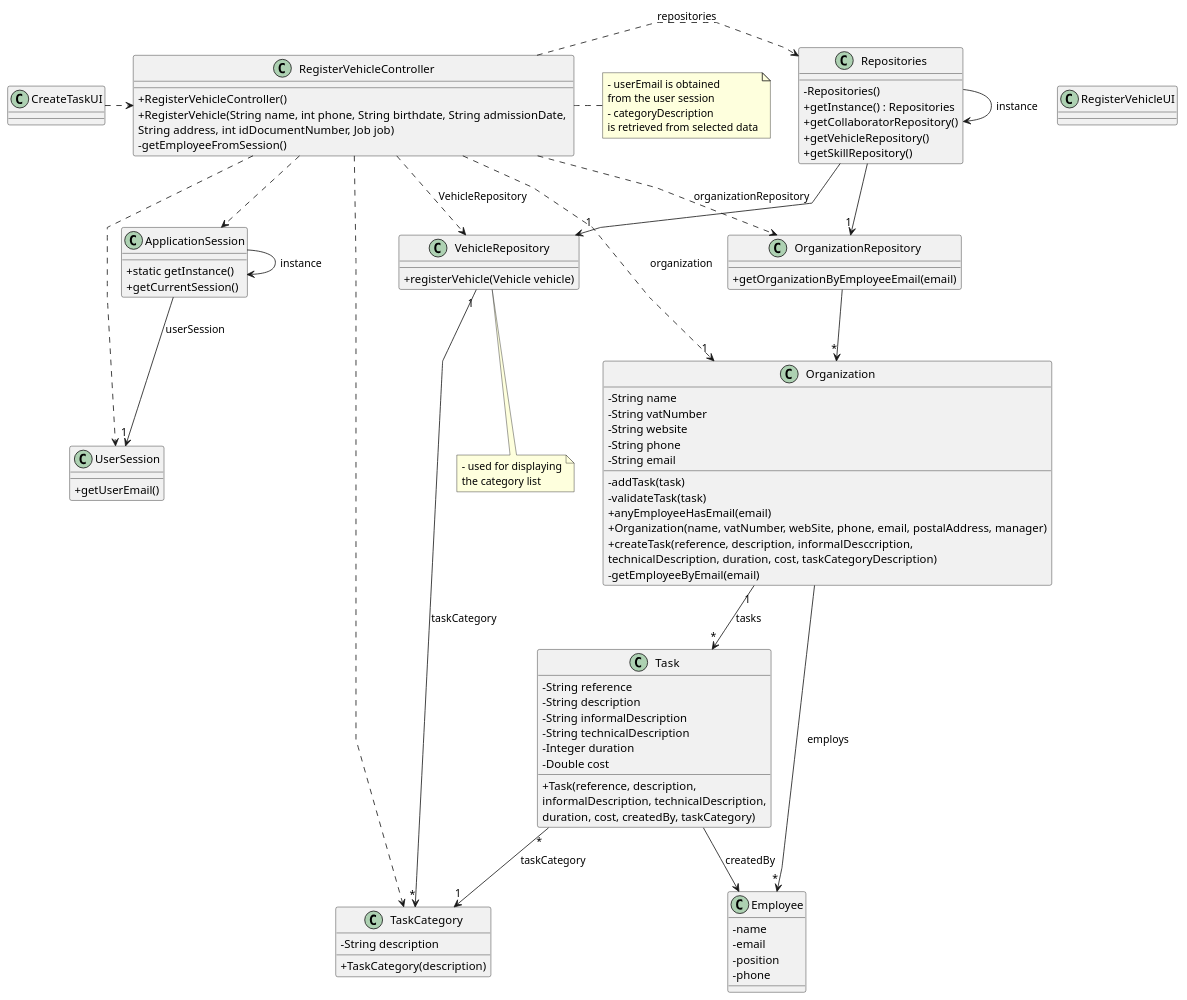
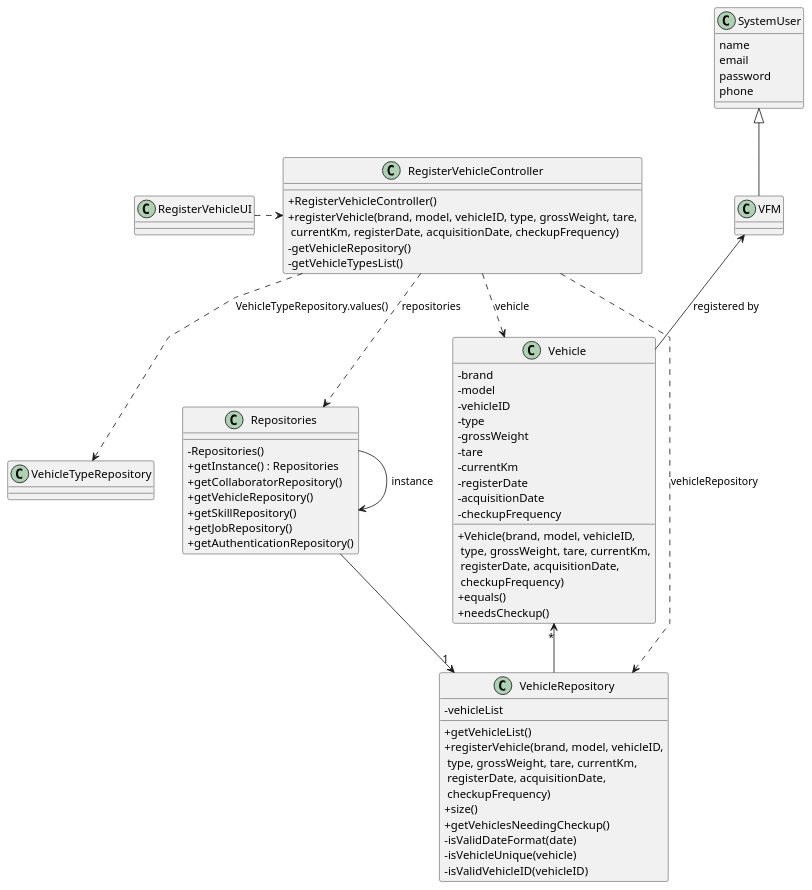
The diagram in docs/sprintB/us006/03.design/puml/us006-class-diagram.puml (Departamento-de-Engenharia-Informatica/lei-24-s2-1do-g164), drawn with PlantUML before and after one commit. The commit also changed 107 other files, not shown here.

Commit message:
US06/03(docs): us06 SSD, Class diagram and javadocs ; us03 SSD and javadocs

```diff
--- a/docs/sprintB/us006/03.design/puml/us006-class-diagram.puml
+++ b/docs/sprintB/us006/03.design/puml/us006-class-diagram.puml
@@ -1,129 +1,83 @@
 @startuml
 'skinparam monochrome true
 skinparam packageStyle rectangle
 skinparam shadowing false
 skinparam linetype polyline
 'skinparam linetype orto
 
 skinparam classAttributeIconSize 0
 
 'left to right direction
 
-class ApplicationSession
-{
-    + static getInstance()
-    + getCurrentSession()
-}
-
-class UserSession
-{
-    + getUserEmail()
-}
-
-class Employee {
-    - name
-    - email
-    - position
-    - phone
-}
-
-class Task {
-    - String reference
-    - String description
-    - String informalDescription
-    - String technicalDescription
-    - Integer duration
-    - Double cost
-
-    + Task(reference, description,\ninformalDescription, technicalDescription,\nduration, cost, createdBy, taskCategory)
-}
-
-class TaskCategory {
-    - String description
-
-    + TaskCategory(description)
-}
-
-class Organization {
-    - String name
-    - String vatNumber
-    - String website
-    - String phone
-    - String email
-
-    - addTask(task)
-    - validateTask(task)
-    + anyEmployeeHasEmail(email)
-    + Organization(name, vatNumber, webSite, phone, email, postalAddress, manager)
-    + createTask(reference, description, informalDesccription,\ntechnicalDescription, duration, cost, taskCategoryDescription)
-    - getEmployeeByEmail(email)
-
-'  +saveTask(task)
-}
-
-class VehicleRepository {
-    + registerVehicle(Vehicle vehicle)
-}
-
-class OrganizationRepository {
-    + getOrganizationByEmployeeEmail(email)
+class Vehicle {
+    - brand
+    - model
+    - vehicleID
+    - type
+    - grossWeight
+    - tare
+    - currentKm
+    - registerDate
+    - acquisitionDate
+    - checkupFrequency
+    + Vehicle(brand, model, vehicleID,\n type, grossWeight, tare, currentKm,\n registerDate, acquisitionDate,\n checkupFrequency)
+    + equals()
+    + needsCheckup()
 }
 
 class Repositories {
+
+
     - Repositories()
     + getInstance() : Repositories
     + getCollaboratorRepository()
     + getVehicleRepository()
     + getSkillRepository()
+    + getJobRepository()
+    + getAuthenticationRepository()
+}
+
+class VehicleRepository {
+    -vehicleList
+    + getVehicleList()
+    + registerVehicle(brand, model, vehicleID,\n type, grossWeight, tare, currentKm,\n registerDate, acquisitionDate,\n checkupFrequency)
+    + size()
+    + getVehiclesNeedingCheckup()
+    - isValidDateFormat(date)
+    - isVehicleUnique(vehicle)
+    - isValidVehicleID(vehicleID)
 }
 
 class RegisterVehicleController {
+
     + RegisterVehicleController()
-    + RegisterVehicle(String name, int phone, String birthdate, String admissionDate, \nString address, int idDocumentNumber, Job job)
-    - getEmployeeFromSession()
+    + registerVehicle(brand, model, vehicleID, type, grossWeight, tare,\n currentKm, registerDate, acquisitionDate, checkupFrequency)
+    - getVehicleRepository()
+    - getVehicleTypesList()
 }
 
-note right of RegisterVehicleController
-    - userEmail is obtained
-    from the user session
-    - categoryDescription
-    is retrieved from selected data
-end note
+class VehicleTypeRepository{}
 
-note bottom of VehicleRepository
-    - used for displaying
-    the category list
-end note
+class VFM {}
 
-class RegisterVehicleUI {
+class SystemUser {
+    name
+    email
+    password
+    phone
 }
 
+
+SystemUser <|-- VFM
+VFM  <-- Vehicle : registered by
+RegisterVehicleController ..> Repositories : repositories
+RegisterVehicleController ..> VehicleRepository : vehicleRepository
+RegisterVehicleController ..> VehicleTypeRepository : VehicleTypeRepository.values()
+RegisterVehicleController ..> Vehicle : vehicle
+
+RegisterVehicleUI .> RegisterVehicleController
+Repositories -->"1" VehicleRepository
 Repositories -> Repositories : instance
-ApplicationSession -> ApplicationSession : instance
-
-CreateTaskUI .> RegisterVehicleController
-
-RegisterVehicleController .> Repositories : repositories
-
-Repositories -> "1" VehicleRepository
-
-RegisterVehicleController ..> TaskCategory
-RegisterVehicleController ..> OrganizationRepository : organizationRepository
-RegisterVehicleController ..> VehicleRepository : VehicleRepository
-
-Repositories --> "1" OrganizationRepository
-
-OrganizationRepository --> "*" Organization
-ApplicationSession --> "1" UserSession : userSession
-
-RegisterVehicleController ..> "1" Organization : organization
-RegisterVehicleController ..> ApplicationSession
-RegisterVehicleController ..> UserSession
-Task "*" --> "1" TaskCategory : taskCategory
-VehicleRepository "1" --> "*" TaskCategory : taskCategory
-Organization "1" --> "*" Task : tasks
-Task --> Employee : createdBy
-
-Organization --> "*" Employee : employs
+Vehicle "*" <-- VehicleRepository
 
 @enduml
```
